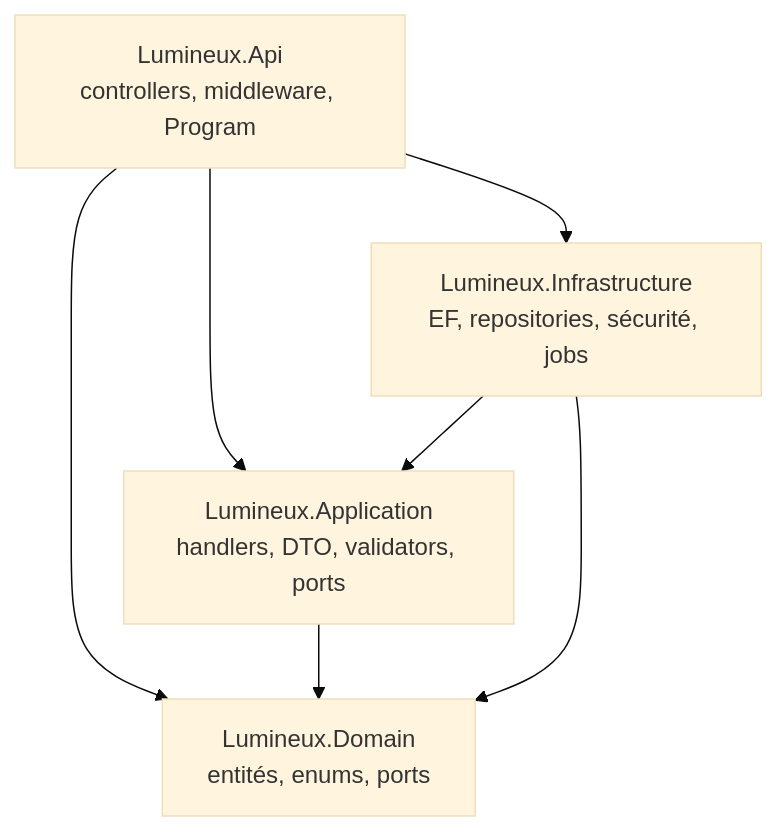
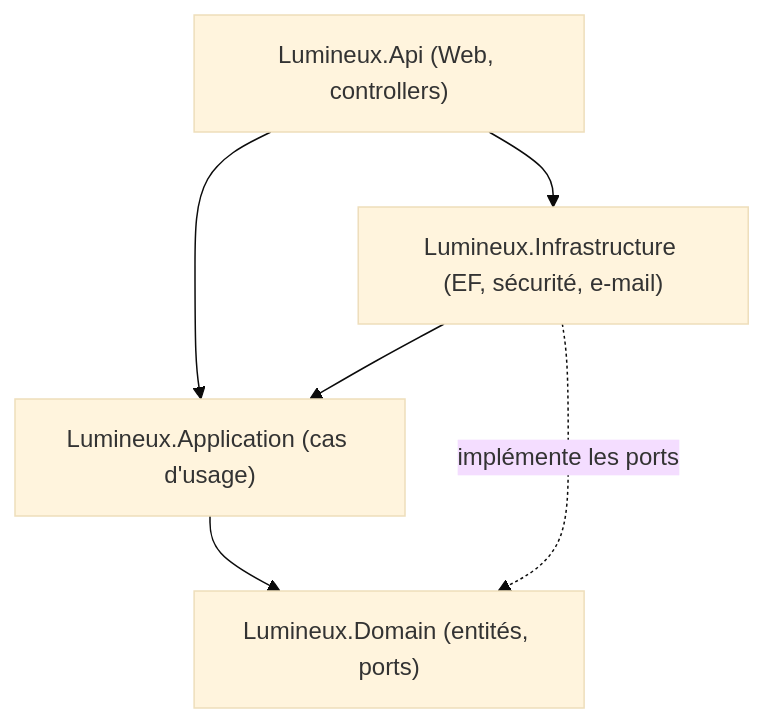
Before and after one commit to kiboMarcel/lumineux: the first of 3 diagrams in docs/audit/02-architecture.md, drawn with Mermaid (base theme). The commit also changed other lines of this file and 9 other files, not shown here.

````diff
--- a/docs/audit/02-architecture.md
+++ b/docs/audit/02-architecture.md
@@ -25,14 +24,13 @@
 ```mermaid
 graph TD
-    Api["Lumineux.Api<br/>controllers, middleware, Program"]
-    App["Lumineux.Application<br/>handlers, DTO, validators, ports"]
-    Dom["Lumineux.Domain<br/>entités, enums, ports"]
-    Inf["Lumineux.Infrastructure<br/>EF, repositories, sécurité, jobs"]
+    Api["Lumineux.Api (Web, controllers)"]
+    App["Lumineux.Application (cas d'usage)"]
+    Dom["Lumineux.Domain (entités, ports)"]
+    Infra["Lumineux.Infrastructure (EF, sécurité, e-mail)"]
 
     Api --> App
-    Api --> Inf
-    Api --> Dom
+    Api --> Infra
+    Infra --> App
     App --> Dom
-    Inf --> App
-    Inf --> Dom
+    Infra -.->|implémente les ports| Dom
 ```
````
